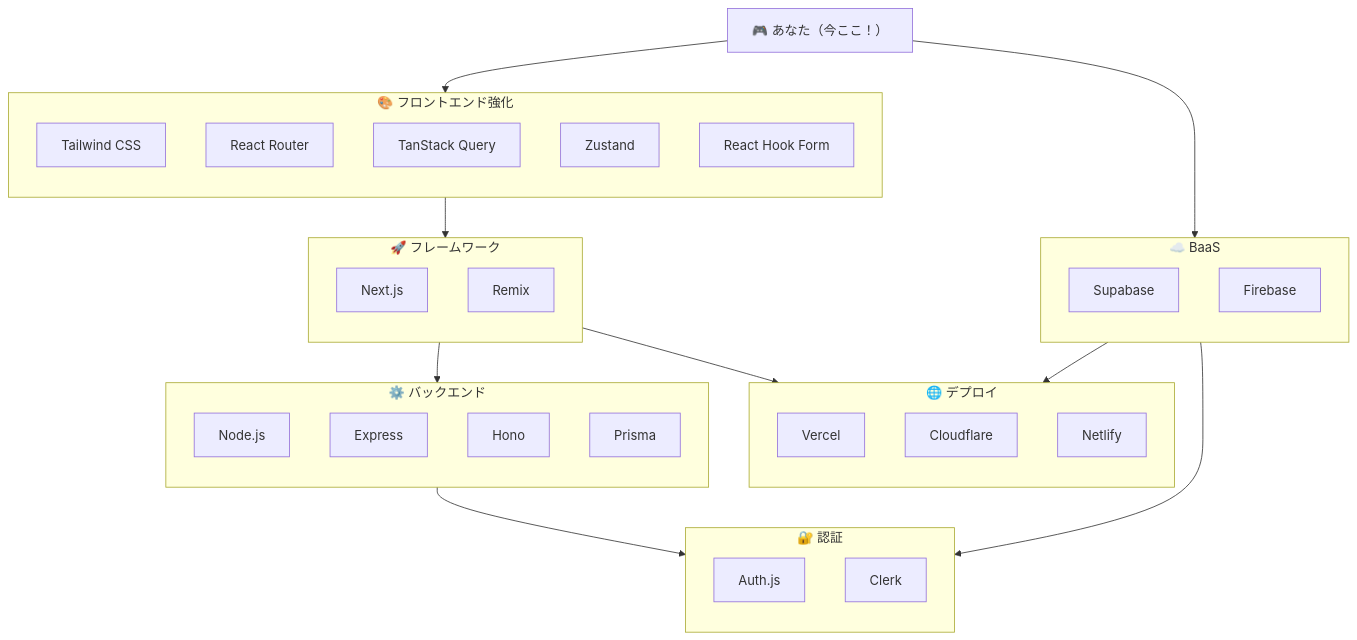
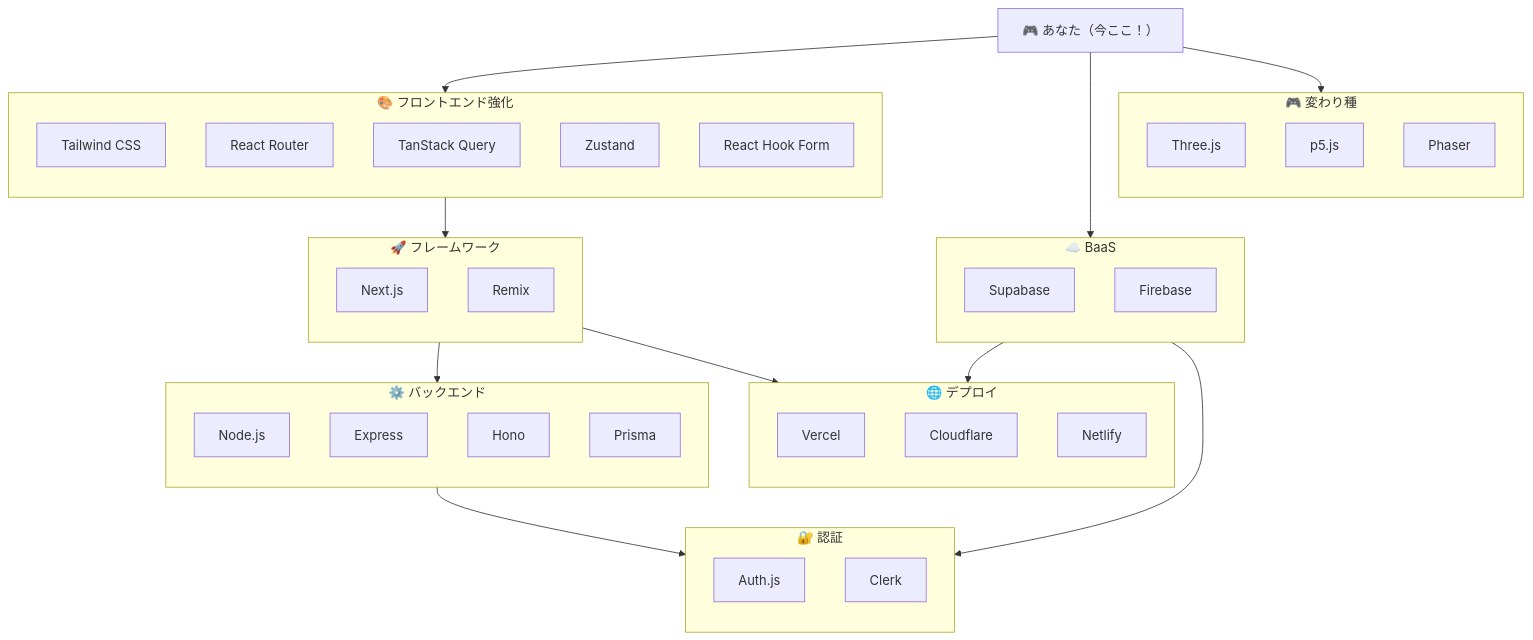
One commit to tsunosekai/typescript-class changed the third of 15 diagrams in src/content/lessons/23.md. Above: the diagram before and after it, drawn with Mermaid. The commit also changed other lines of this file, not shown here.

Commit message:
Add creative coding section (Three.js, p5.js, etc.) to lesson 23

````diff
--- a/src/content/lessons/23.md
+++ b/src/content/lessons/23.md
@@ -102,55 +102,63 @@
 ```mermaid
 flowchart TB
     YOU["🎮 あなた（今ここ！）"]
 
     subgraph Frontend["🎨 フロントエンド強化"]
         direction TB
         TAILWIND["Tailwind CSS"]
         ROUTER["React Router"]
         QUERY["TanStack Query"]
         ZUSTAND["Zustand"]
         RHF["React Hook Form"]
     end
 
     subgraph Framework["🚀 フレームワーク"]
         direction TB
         NEXT["Next.js"]
         REMIX["Remix"]
     end
 
     subgraph Backend["⚙️ バックエンド"]
         direction TB
         NODE["Node.js"]
         EXPRESS["Express"]
         HONO["Hono"]
         PRISMA["Prisma"]
     end
 
     subgraph BaaS["☁️ BaaS"]
         direction TB
         SUPABASE["Supabase"]
         FIREBASE["Firebase"]
     end
 
     subgraph Deploy["🌐 デプロイ"]
         direction TB
         VERCEL["Vercel"]
         CF["Cloudflare"]
         NETLIFY["Netlify"]
     end
 
     subgraph Auth["🔐 認証"]
         direction TB
         AUTHJS["Auth.js"]
         CLERK["Clerk"]
     end
 
+    subgraph Creative["🎮 変わり種"]
+        direction TB
+        THREE["Three.js"]
+        P5["p5.js"]
+        PHASER["Phaser"]
+    end
+
     YOU --> Frontend
     YOU --> BaaS
+    YOU --> Creative
     Frontend --> Framework
     Framework --> Backend
     Framework --> Deploy
     BaaS --> Deploy
     Backend --> Auth
     BaaS --> Auth
 ```
````
